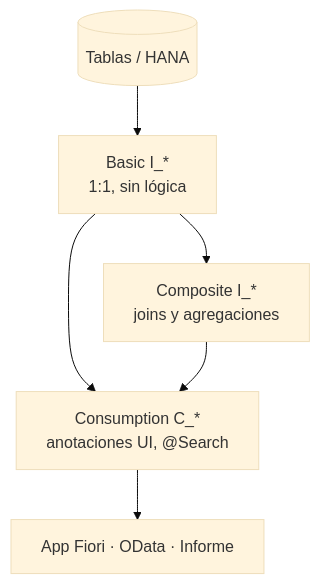
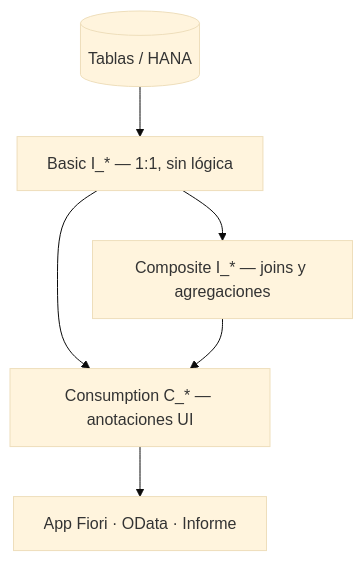
The diagram in es/cds-bien-estructuradas.mdx (logalitech/blog-content), drawn with Mermaid (base theme) before and after one commit.

Commit message:
cds: simplificar etiquetas del diagrama (sin <br/>, compatibles con strict)

````diff
--- a/es/cds-bien-estructuradas.mdx
+++ b/es/cds-bien-estructuradas.mdx
@@ -23,8 +23,8 @@
 ```mermaid
 flowchart TD
-  T[("Tablas / HANA")] --> B["Basic I_*<br/>1:1, sin lógica"]
-  B --> C["Composite I_*<br/>joins y agregaciones"]
-  B --> K["Consumption C_*<br/>anotaciones UI, @Search"]
+  T[(Tablas / HANA)] --> B["Basic I_* — 1:1, sin lógica"]
+  B --> C["Composite I_* — joins y agregaciones"]
+  B --> K["Consumption C_* — anotaciones UI"]
   C --> K
   K --> A["App Fiori · OData · Informe"]
 ```
````
